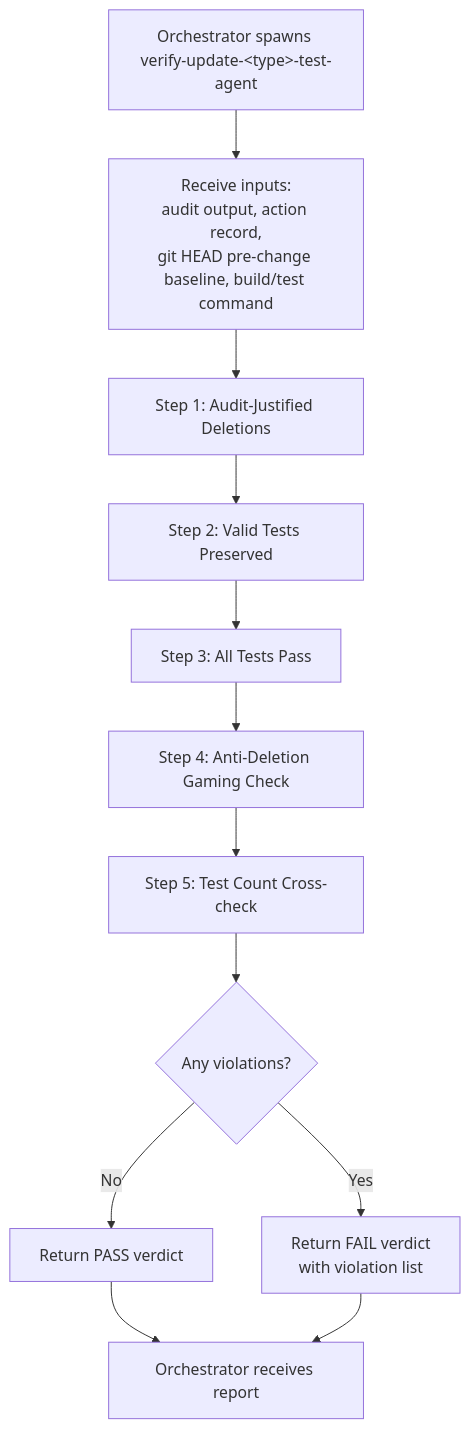
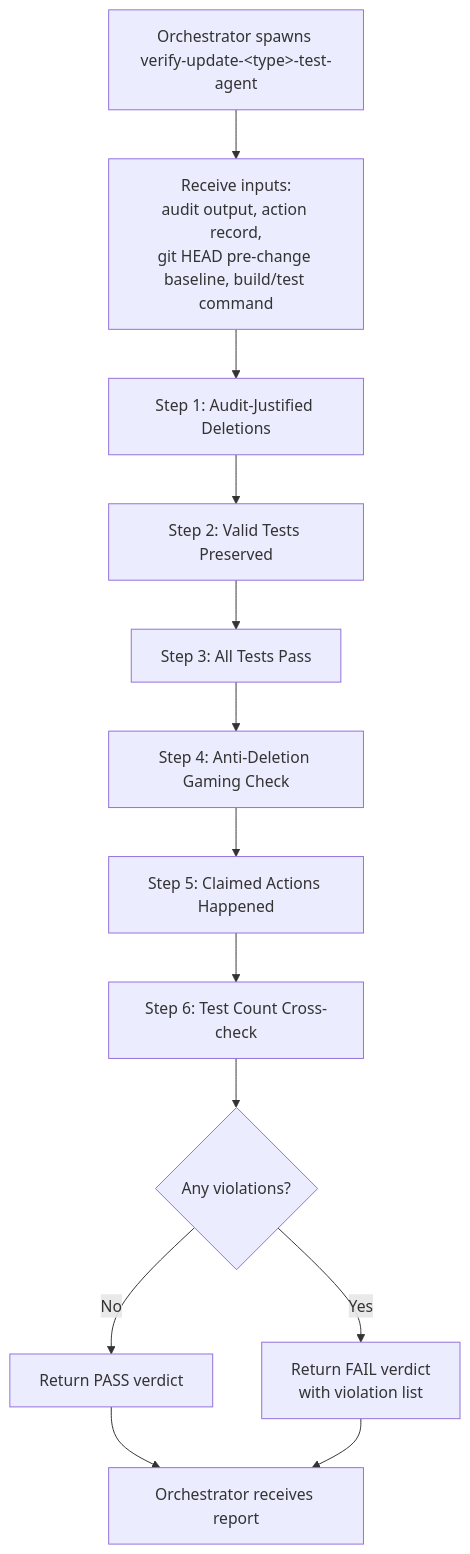
One commit to softwareone-platform/issue-to-pr changed the first of 2 diagrams in plugins/test-authoring/docs/agents/readme-verify-update-test-agent.md. Above: the diagram before and after it, drawn with Mermaid. The commit also changed other lines of this file and 11 other files, not shown here.

````diff
--- a/plugins/test-authoring/docs/agents/readme-verify-update-test-agent.md
+++ b/plugins/test-authoring/docs/agents/readme-verify-update-test-agent.md
@@ -13,14 +13,15 @@
 ```mermaid
 flowchart TD
     A["Orchestrator spawns verify-update-&lt;type&gt;-test-agent"] --> B["Receive inputs:<br/>audit output, action record,<br/>git HEAD pre-change baseline, build/test command"]
     B --> C["Step 1: Audit-Justified Deletions"]
     C --> D["Step 2: Valid Tests Preserved"]
     D --> E["Step 3: All Tests Pass"]
     E --> F["Step 4: Anti-Deletion Gaming Check"]
-    F --> G["Step 5: Test Count Cross-check"]
+    F --> F2["Step 5: Claimed Actions Happened"]
+    F2 --> G["Step 6: Test Count Cross-check"]
     G --> H{"Any violations?"}
     H -- No --> I["Return PASS verdict"]
     H -- Yes --> J["Return FAIL verdict<br/>with violation list"]
     I --> K["Orchestrator receives report"]
     J --> K
 ```
````
